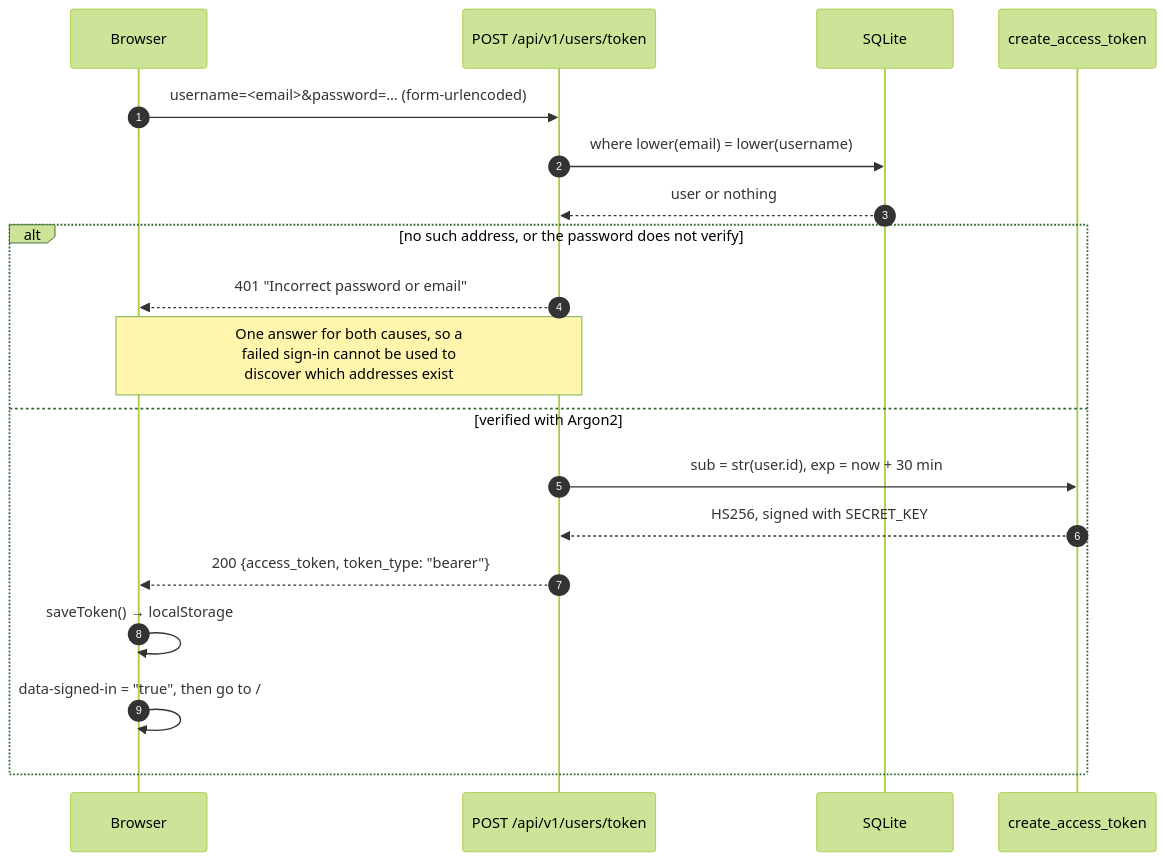
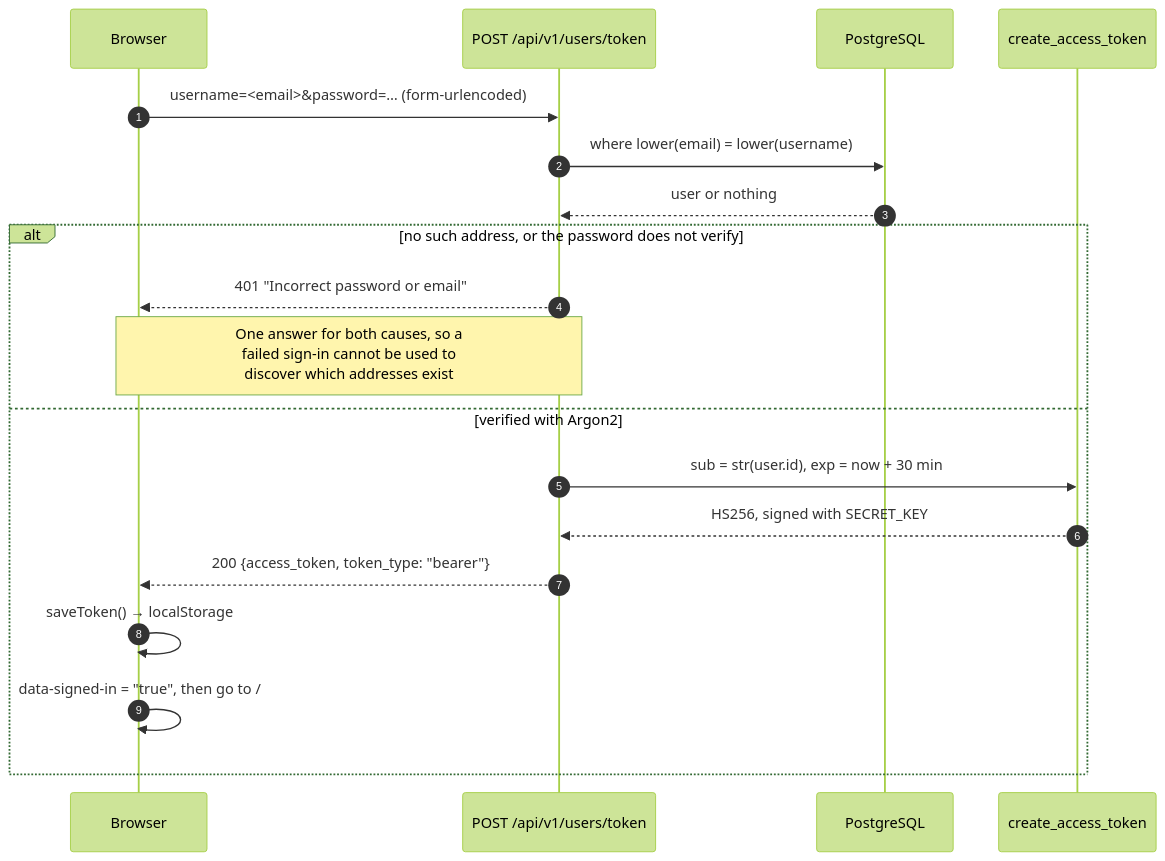
Before and after one commit to OstapchukIryna/fastapi-blog: the first of 3 diagrams in docs/auth.md, drawn with Mermaid (forest theme). The commit also changed 15 other files, not shown here.

````diff
--- a/docs/auth.md
+++ b/docs/auth.md
@@ -23,23 +23,23 @@
 ```mermaid
 sequenceDiagram
     autonumber
     participant B as Browser
     participant API as POST /api/v1/users/token
-    participant DB as SQLite
+    participant DB as PostgreSQL
     participant JWT as create_access_token
 
     B->>API: username=<email>&password=… (form-urlencoded)
     API->>DB: where lower(email) = lower(username)
     DB-->>API: user or nothing
 
     alt no such address, or the password does not verify
         API-->>B: 401 "Incorrect password or email"
         Note over API,B: One answer for both causes, so a<br/>failed sign-in cannot be used to<br/>discover which addresses exist
     else verified with Argon2
         API->>JWT: sub = str(user.id), exp = now + 30 min
         JWT-->>API: HS256, signed with SECRET_KEY
         API-->>B: 200 {access_token, token_type: "bearer"}
         B->>B: saveToken() → localStorage
         B->>B: data-signed-in = "true", then go to /
     end
 ```
````
